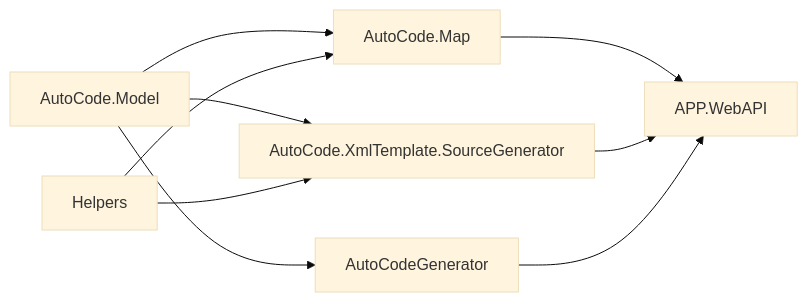
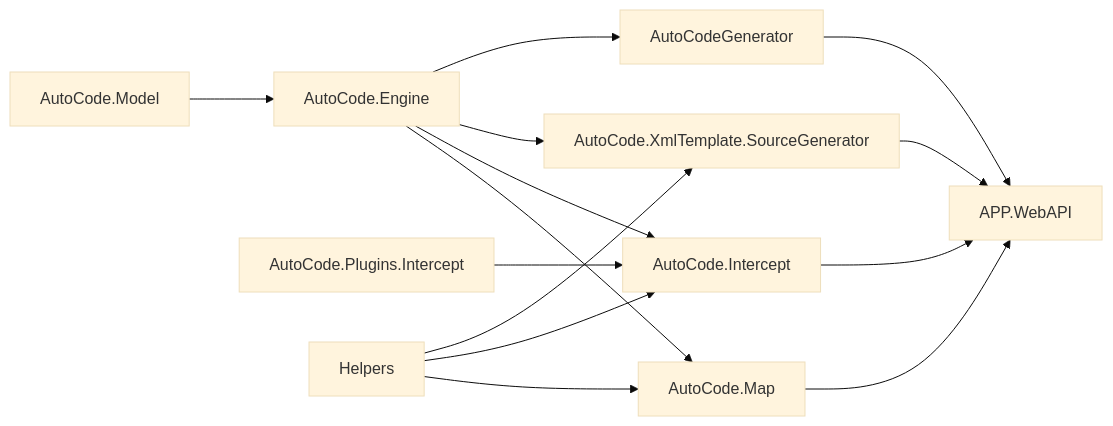
One commit to alivy/AutoCode changed the sixth of 6 diagrams in .qoder/repowiki/zh/content/核心概念/Source Generator原理.md. Above: the diagram before and after it, drawn with Mermaid (base theme). The commit also changed other lines of this file and 279 other files, not shown here.

````diff
--- a/.qoder/repowiki/zh/content/核心概念/Source Generator原理.md
+++ b/.qoder/repowiki/zh/content/核心概念/Source Generator原理.md
@@ -215,11 +475,16 @@
 ```mermaid
 graph LR
-Model["AutoCode.Model"] --> Map["AutoCode.Map"]
-Model --> Dot["AutoCode.XmlTemplate.SourceGenerator"]
-Model --> IF["AutoCodeGenerator"]
+Model["AutoCode.Model"] --> Engine["AutoCode.Engine"]
+Engine --> Map["AutoCode.Map"]
+Engine --> Intercept["AutoCode.Intercept"]
+Engine --> Dot["AutoCode.XmlTemplate.SourceGenerator"]
+Engine --> IF["AutoCodeGenerator"]
+InterceptPlugin["AutoCode.Plugins.Intercept"] --> Intercept
 Helpers["Helpers"] --> Map
+Helpers --> Intercept
 Helpers --> Dot
 Map --> App["APP.WebAPI"]
+Intercept --> App
 Dot --> App
 IF --> App
 ```
````
